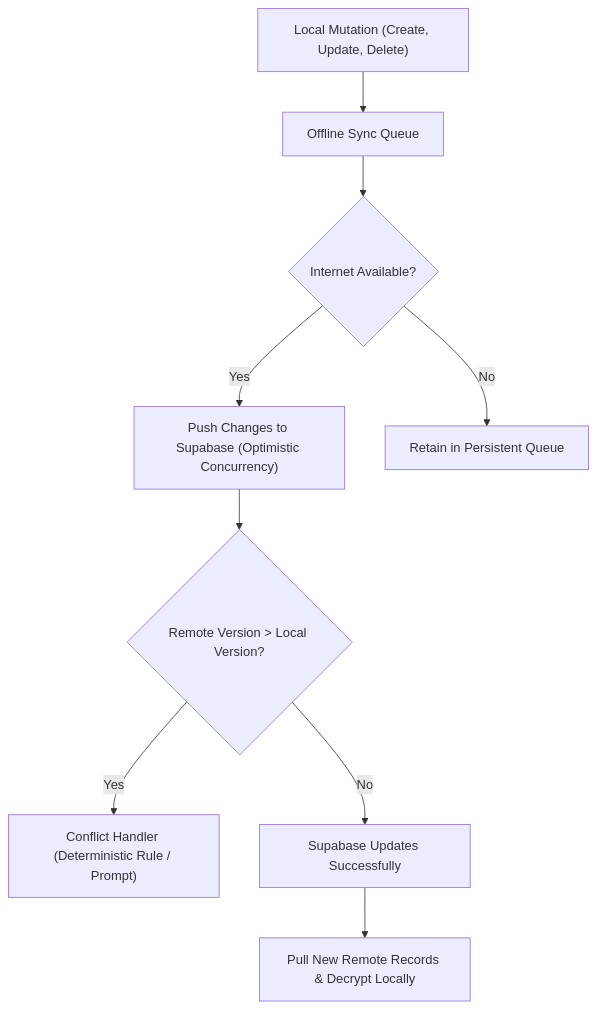
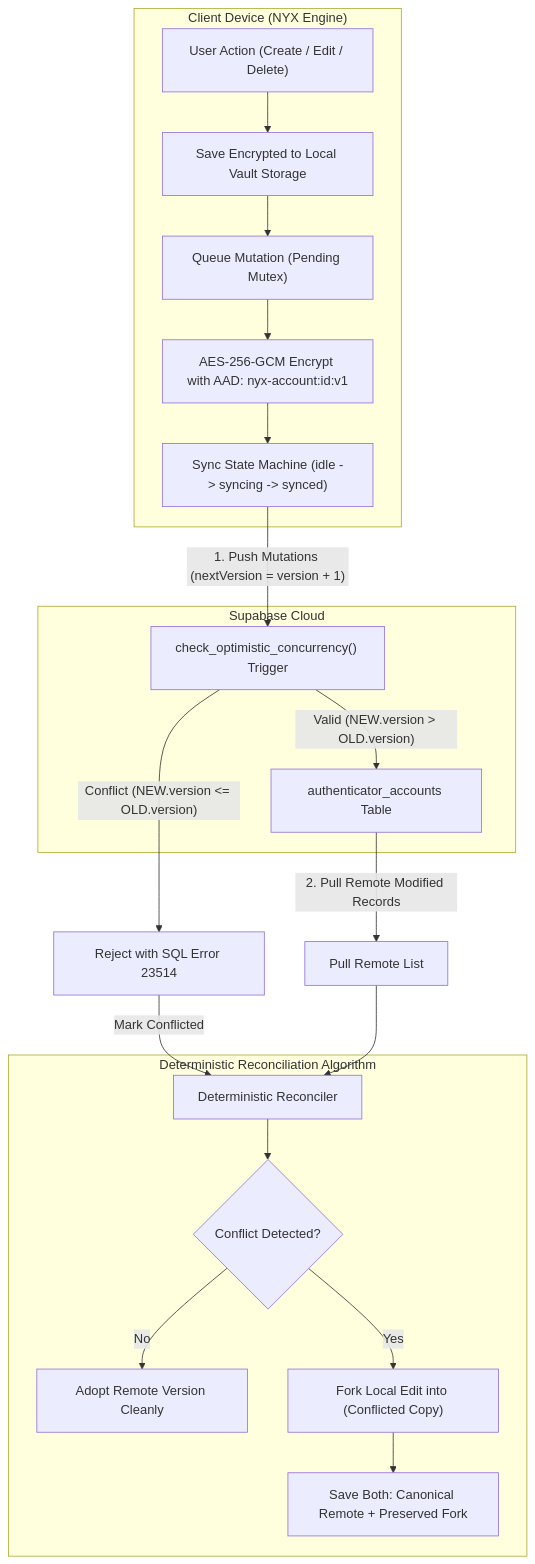
The seventh of 7 diagrams in architecture.md (debadritax24/nyx), drawn with Mermaid before and after one commit. The commit also changed other lines of this file and 26 other files, not shown here.

Commit message:
feat(sync): implement secure cloud synchronization and multi-device conflict resolution

````diff
--- a/architecture.md
+++ b/architecture.md
@@ -150,19 +173,35 @@
 ```mermaid
 flowchart TD
-    LocalChange["Local Mutation (Create, Update, Delete)"]
-    Queue["Offline Sync Queue"]
-    NetCheck{"Internet Available?"}
-    PushRemote["Push Changes to Supabase (Optimistic Concurrency)"]
-    ConflictCheck{"Remote Version > Local Version?"}
-    Resolve["Conflict Handler (Deterministic Rule / Prompt)"]
-    ApplyRemote["Pull New Remote Records & Decrypt Locally"]
+    subgraph Client ["Client Device (NYX Engine)"]
+        Mut["User Action (Create / Edit / Delete)"]
+        LocalSave["Save Encrypted to Local Vault Storage"]
+        Queue["Queue Mutation (Pending Mutex)"]
+        Enc["AES-256-GCM Encrypt with AAD: nyx-account:id:v1"]
+        StateEngine["Sync State Machine (idle -> syncing -> synced)"]
+    end
 
-    LocalChange --> Queue
-    Queue --> NetCheck
-    NetCheck -- No --> StoredOffline["Retain in Persistent Queue"]
-    NetCheck -- Yes --> PushRemote
-    PushRemote --> ConflictCheck
-    ConflictCheck -- Yes --> Resolve
-    ConflictCheck -- No --> CommitRemote["Supabase Updates Successfully"]
-    CommitRemote --> ApplyRemote
+    subgraph Backend ["Supabase Cloud"]
+        DBTrigger["check_optimistic_concurrency() Trigger"]
+        DBTable["authenticator_accounts Table"]
+    end
+
+    Mut --> LocalSave
+    LocalSave --> Queue
+    Queue --> Enc
+    Enc --> StateEngine
+    StateEngine -->|"1. Push Mutations (nextVersion = version + 1)"| DBTrigger
+
+    DBTrigger -->|"Valid (NEW.version > OLD.version)"| DBTable
+    DBTrigger -->|"Conflict (NEW.version <= OLD.version)"| Reject["Reject with SQL Error 23514"]
+
+    DBTable -->|"2. Pull Remote Modified Records"| Pull["Pull Remote List"]
+    Reject -->|"Mark Conflicted"| Reconcile["Deterministic Reconciler"]
+    Pull --> Reconcile
+
+    subgraph ConflictResolution ["Deterministic Reconciliation Algorithm"]
+        Reconcile --> CheckConf{"Conflict Detected?"}
+        CheckConf -- No --> FastForward["Adopt Remote Version Cleanly"]
+        CheckConf -- Yes --> Fork["Fork Local Edit into (Conflicted Copy)"]
+        Fork --> Preserve["Save Both: Canonical Remote + Preserved Fork"]
+    end
 ```
````
